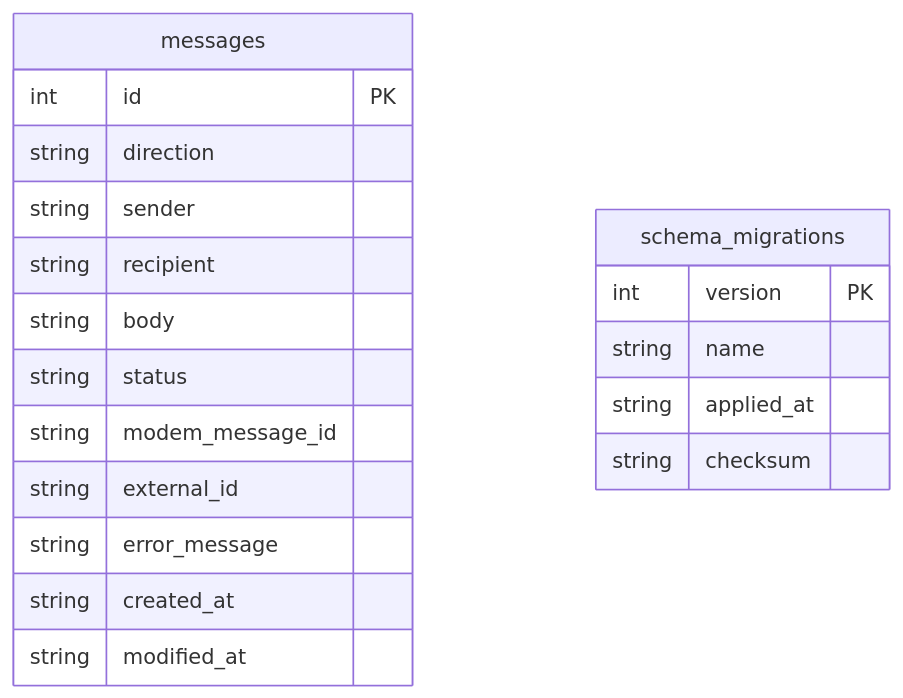
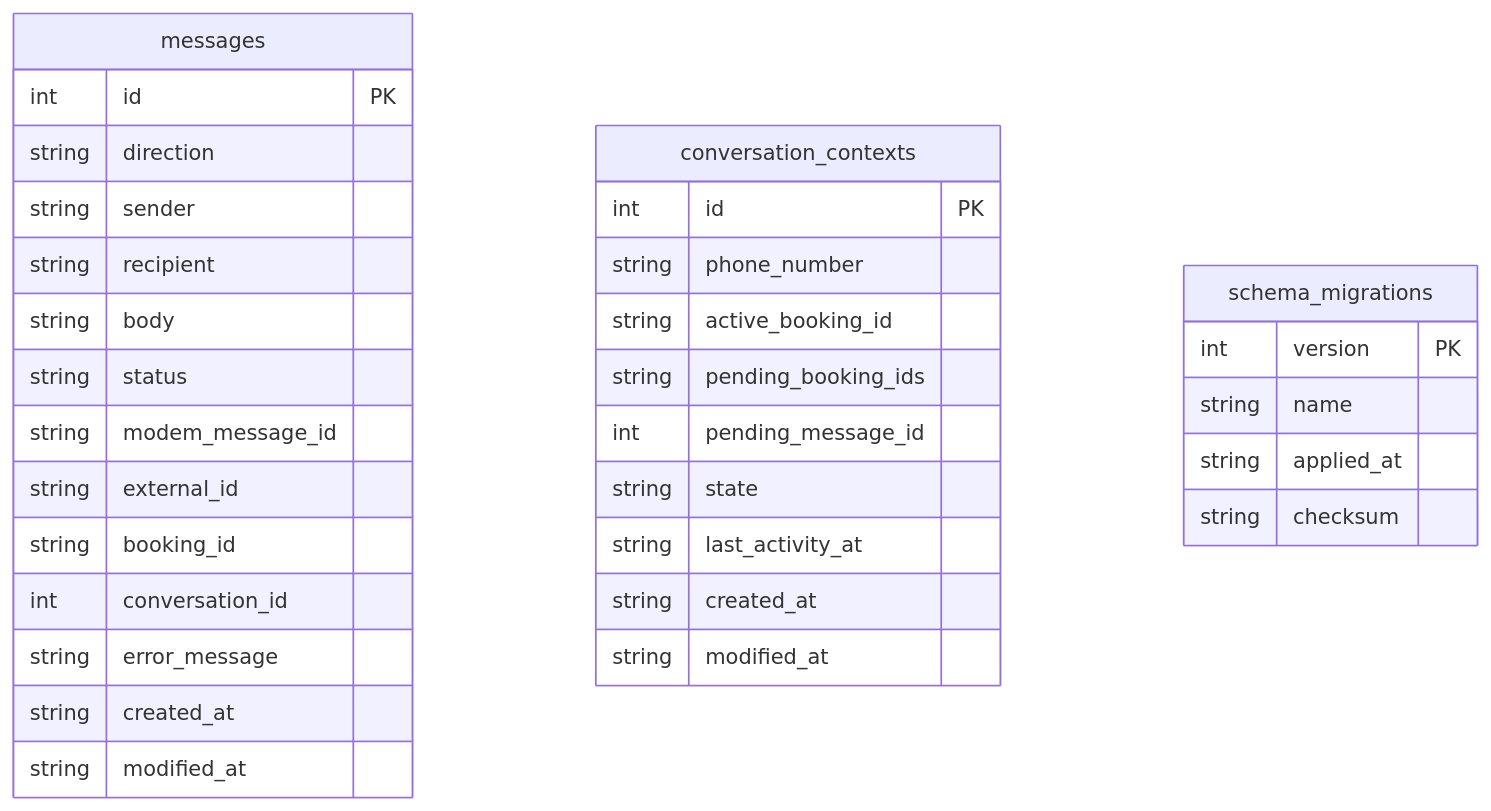
Before and after one commit to jonasfh/snippen-sms-service: the sixth of 9 diagrams in docs/architecture.md, drawn with Mermaid. The commit also changed other lines of this file and 18 other files, not shown here.

First line of the commit message:
(#28) Implement booking context resolution and conversation management

````diff
--- a/docs/architecture.md
+++ b/docs/architecture.md
@@ -220,22 +220,35 @@
 ```mermaid
 erDiagram
     messages {
         int id PK
         string direction
         string sender
         string recipient
         string body
         string status
         string modem_message_id
         string external_id
+        string booking_id
+        int conversation_id
         string error_message
+        string created_at
+        string modified_at
+    }
+    conversation_contexts {
+        int id PK
+        string phone_number
+        string active_booking_id
+        string pending_booking_ids
+        int pending_message_id
+        string state
+        string last_activity_at
         string created_at
         string modified_at
     }
     schema_migrations {
         int version PK
         string name
         string applied_at
         string checksum
     }
 ```
````
